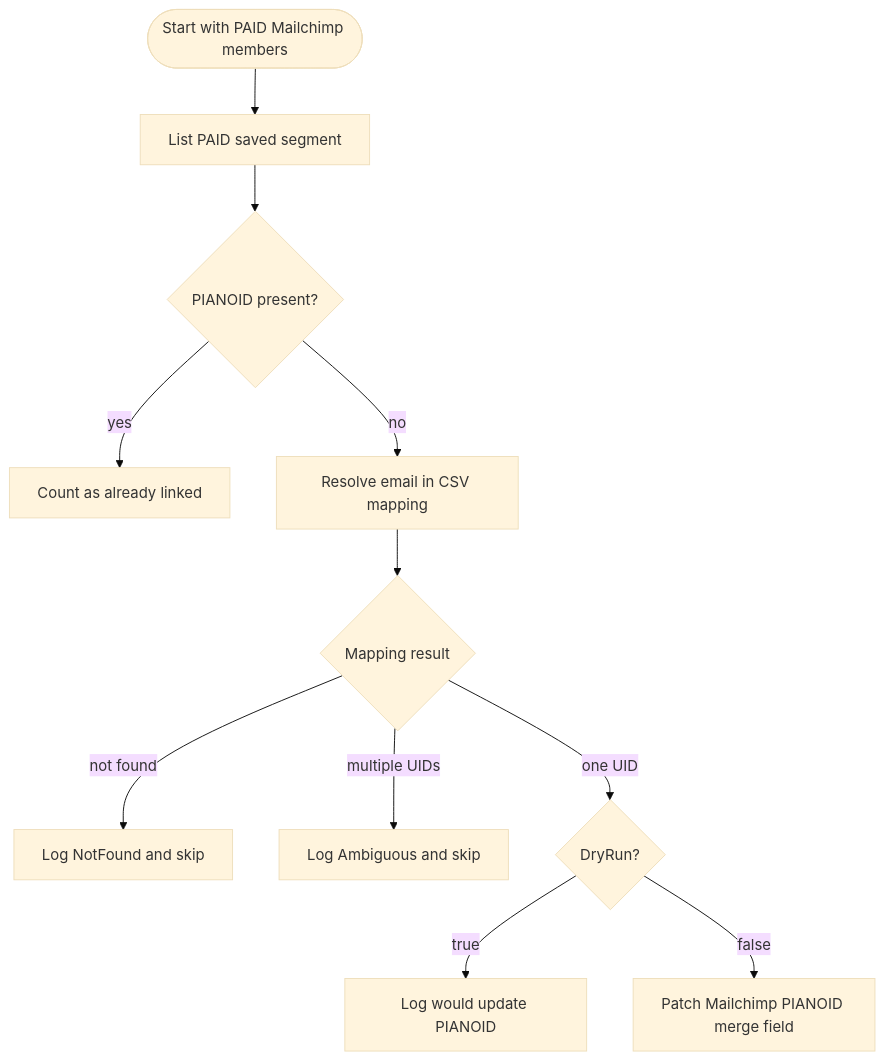
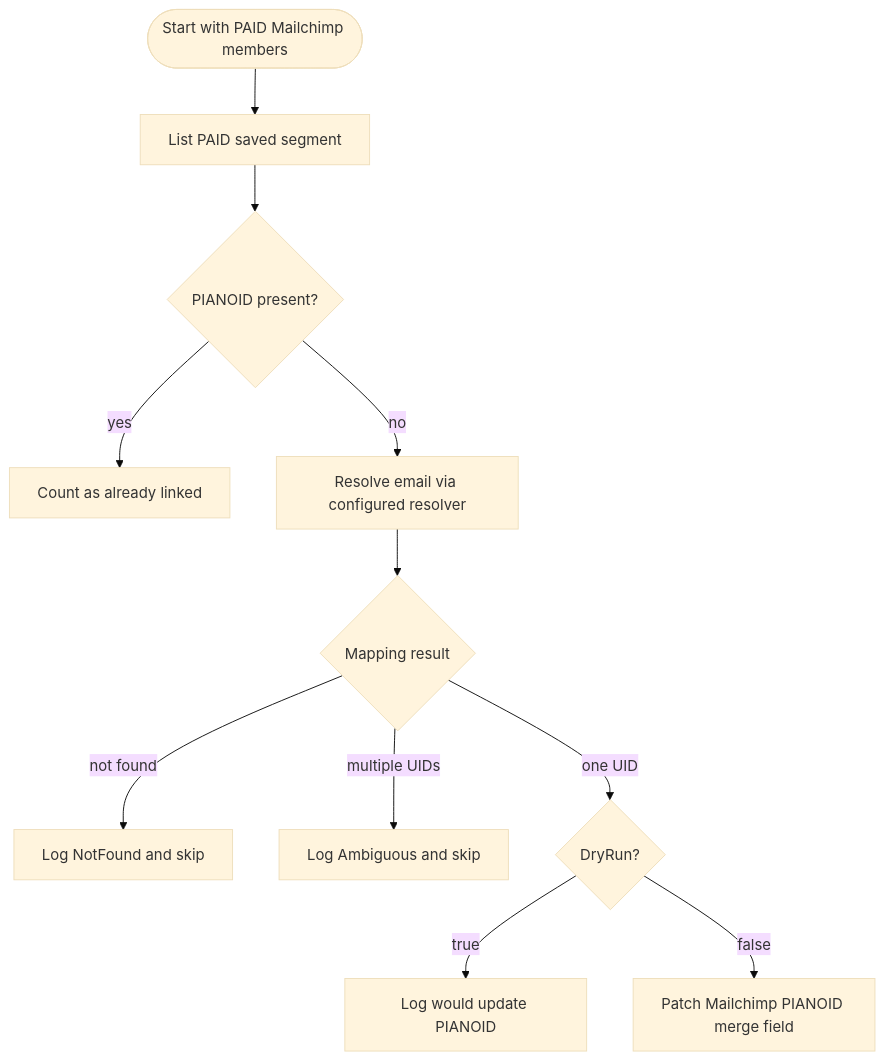
Before and after one commit to Foresight-News/piano-mailchimp-webhook: the third of 5 diagrams in ARCHITECTURE.md, drawn with Mermaid (base theme). The commit also changed other lines of this file and 12 other files, not shown here.

````diff
--- a/ARCHITECTURE.md
+++ b/ARCHITECTURE.md
@@ -52,13 +53,13 @@
 ```mermaid
 flowchart TD
     Start([Start with PAID Mailchimp members]) --> List[List PAID saved segment]
     List --> HasPianoId{PIANOID present?}
     HasPianoId -->|yes| Already[Count as already linked]
-    HasPianoId -->|no| Resolve[Resolve email in CSV mapping]
+    HasPianoId -->|no| Resolve[Resolve email via configured resolver]
     Resolve --> Result{Mapping result}
     Result -->|not found| NotFound[Log NotFound and skip]
     Result -->|multiple UIDs| Ambiguous[Log Ambiguous and skip]
     Result -->|one UID| DryRun{DryRun?}
     DryRun -->|true| WouldUpdate[Log would update PIANOID]
     DryRun -->|false| Update[Patch Mailchimp PIANOID merge field]
 ```
````
